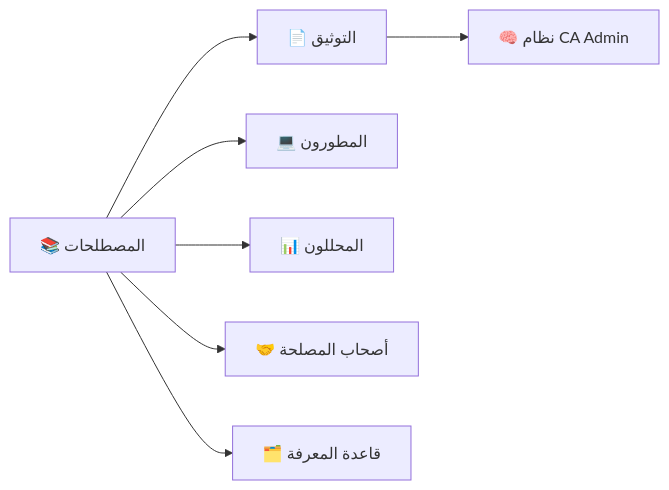
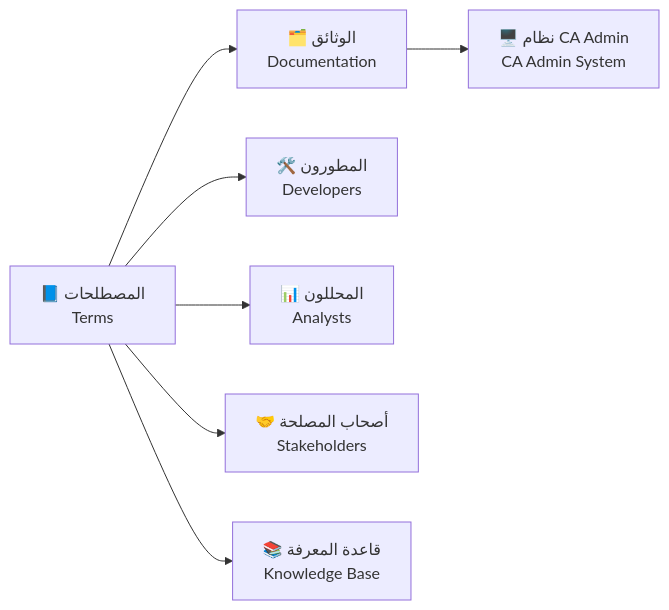
One commit to Ash69g/Documentation-Study changed the first of 3 diagrams in docs/99-glossary/99-glossary.md. Above: the diagram before and after it, drawn with Mermaid. The commit also changed other lines of this file and 15 other files, not shown here.

````diff
--- a/docs/99-glossary/99-glossary.md
+++ b/docs/99-glossary/99-glossary.md
@@ -29,9 +34,16 @@
 ```mermaid
 flowchart LR
-  Terms["📚 المصطلحات"] --> Docs["📄 التوثيق"]
-  Terms --> Devs["💻 المطورون"]
-  Terms --> Analysts["📊 المحللون"]
-  Terms --> Stakeholders["🤝 أصحاب المصلحة"]
-  Docs --> System["🧠 نظام CA Admin"]
-  Terms --> KnowledgeBase["🗂️ قاعدة المعرفة"]
+  Terms["📘 المصطلحات
+Terms"] --> Docs["🗂️ الوثائق
+Documentation"]
+  Terms --> Devs["🛠️ المطورون
+Developers"]
+  Terms --> Analysts["📊 المحللون
+Analysts"]
+  Terms --> Stakeholders["🤝 أصحاب المصلحة
+Stakeholders"]
+  Docs --> System["🖥️ نظام CA Admin
+CA Admin System"]
+  Terms --> KnowledgeBase["📚 قاعدة المعرفة
+Knowledge Base"]
 ```
````
